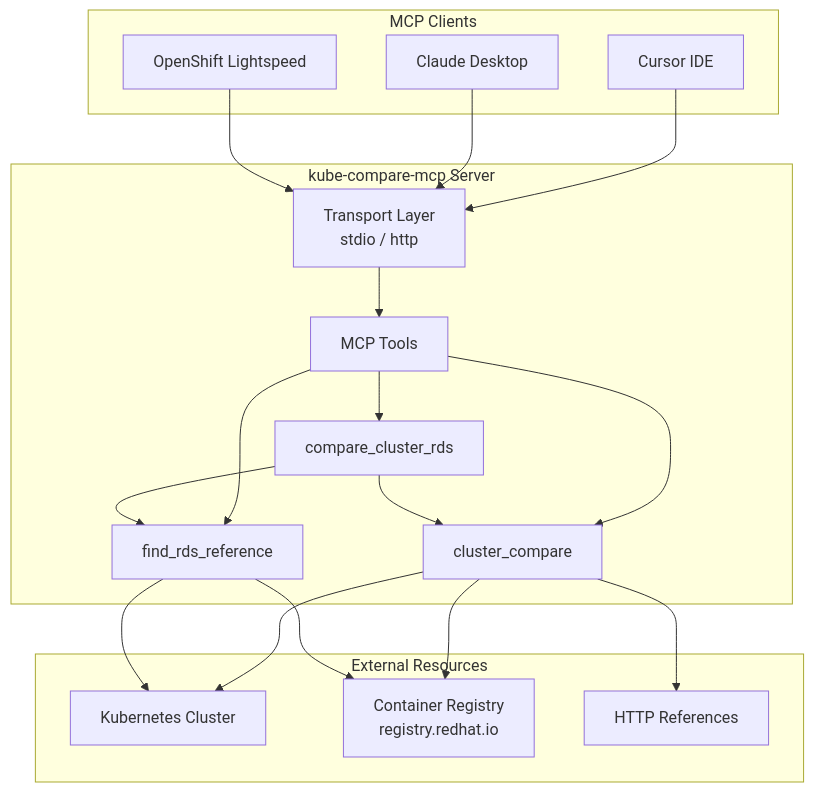
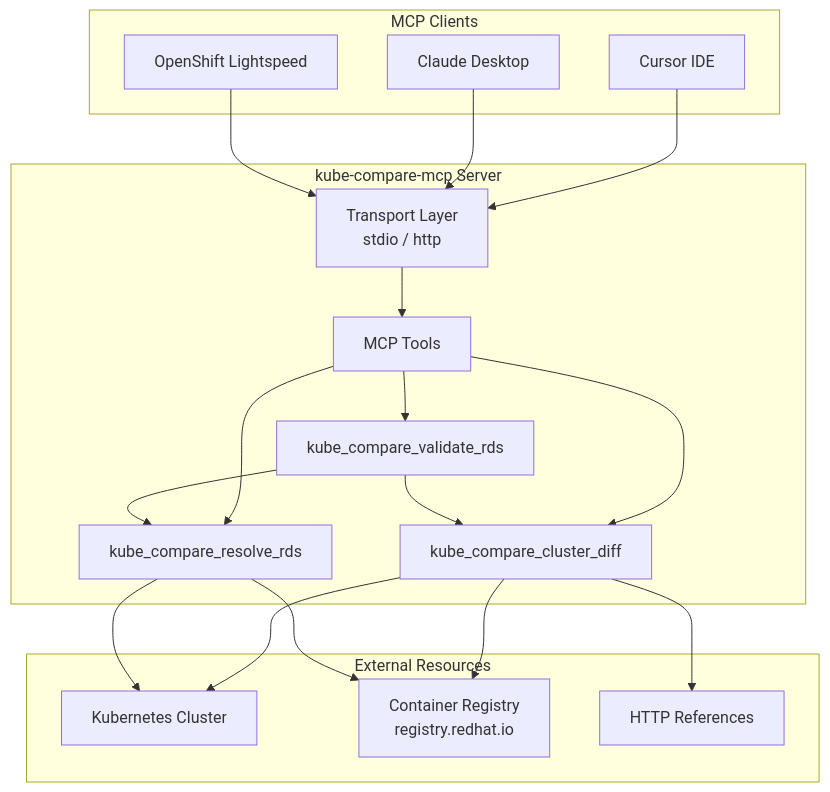
The diagram in README.md (sakhoury/kube-compare-mcp), drawn with Mermaid before and after one commit. The commit also changed other lines of this file and 10 other files, not shown here.

````diff
--- a/README.md
+++ b/README.md
@@ -39,37 +39,37 @@
 ```mermaid
 flowchart TB
     subgraph clients [MCP Clients]
         Cursor[Cursor IDE]
         Claude[Claude Desktop]
         OLS[OpenShift Lightspeed]
     end
 
     subgraph server [kube-compare-mcp Server]
         Transport[Transport Layer<br/>stdio / http]
         Tools[MCP Tools]
-        ClusterCompare[cluster_compare]
-        FindRDS[find_rds_reference]
-        CompareRDS[compare_cluster_rds]
+        Diff[kube_compare_cluster_diff]
+        ResolveRDS[kube_compare_resolve_rds]
+        ValidateRDS[kube_compare_validate_rds]
     end
 
     subgraph external [External Resources]
         K8sCluster[Kubernetes Cluster]
         Registry[Container Registry<br/>registry.redhat.io]
         HTTPRef[HTTP References]
     end
 
     Cursor --> Transport
     Claude --> Transport
     OLS --> Transport
     Transport --> Tools
-    Tools --> ClusterCompare
-    Tools --> FindRDS
-    Tools --> CompareRDS
-    ClusterCompare --> K8sCluster
-    ClusterCompare --> Registry
-    ClusterCompare --> HTTPRef
-    FindRDS --> K8sCluster
-    FindRDS --> Registry
-    CompareRDS --> ClusterCompare
-    CompareRDS --> FindRDS
+    Tools --> Diff
+    Tools --> ResolveRDS
+    Tools --> ValidateRDS
+    Diff --> K8sCluster
+    Diff --> Registry
+    Diff --> HTTPRef
+    ResolveRDS --> K8sCluster
+    ResolveRDS --> Registry
+    ValidateRDS --> Diff
+    ValidateRDS --> ResolveRDS
 ```
````
